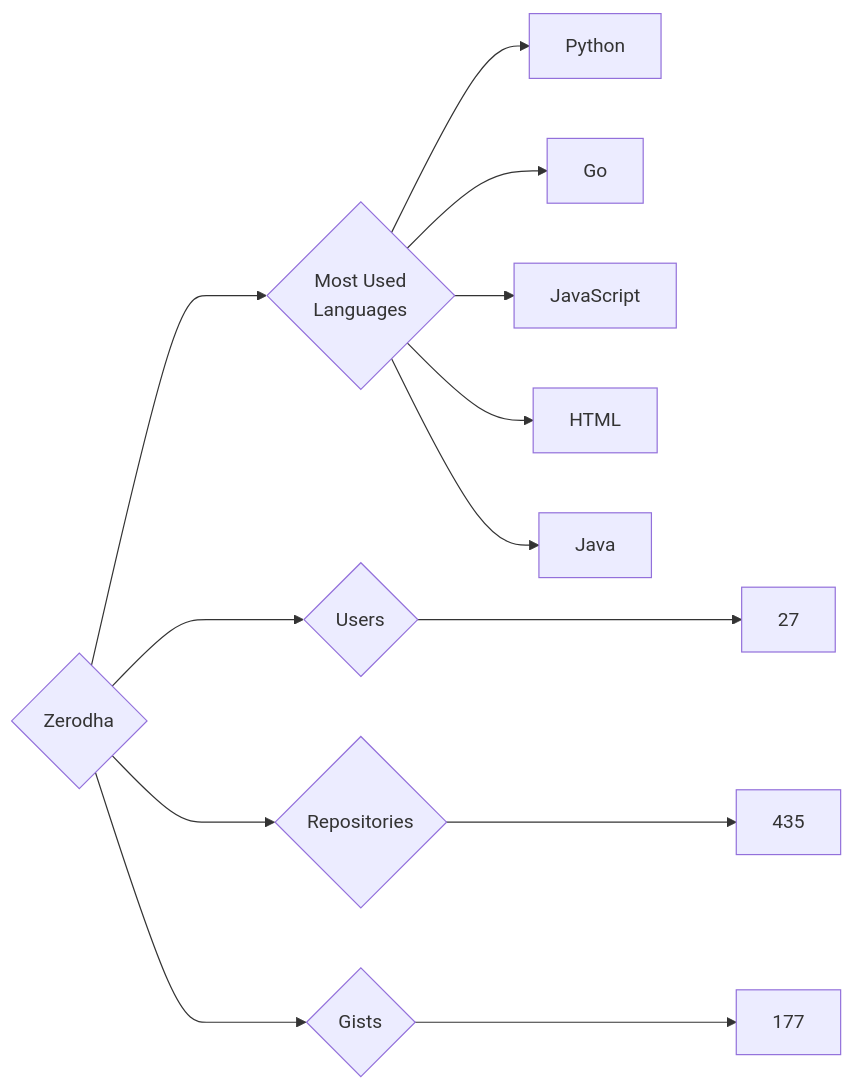
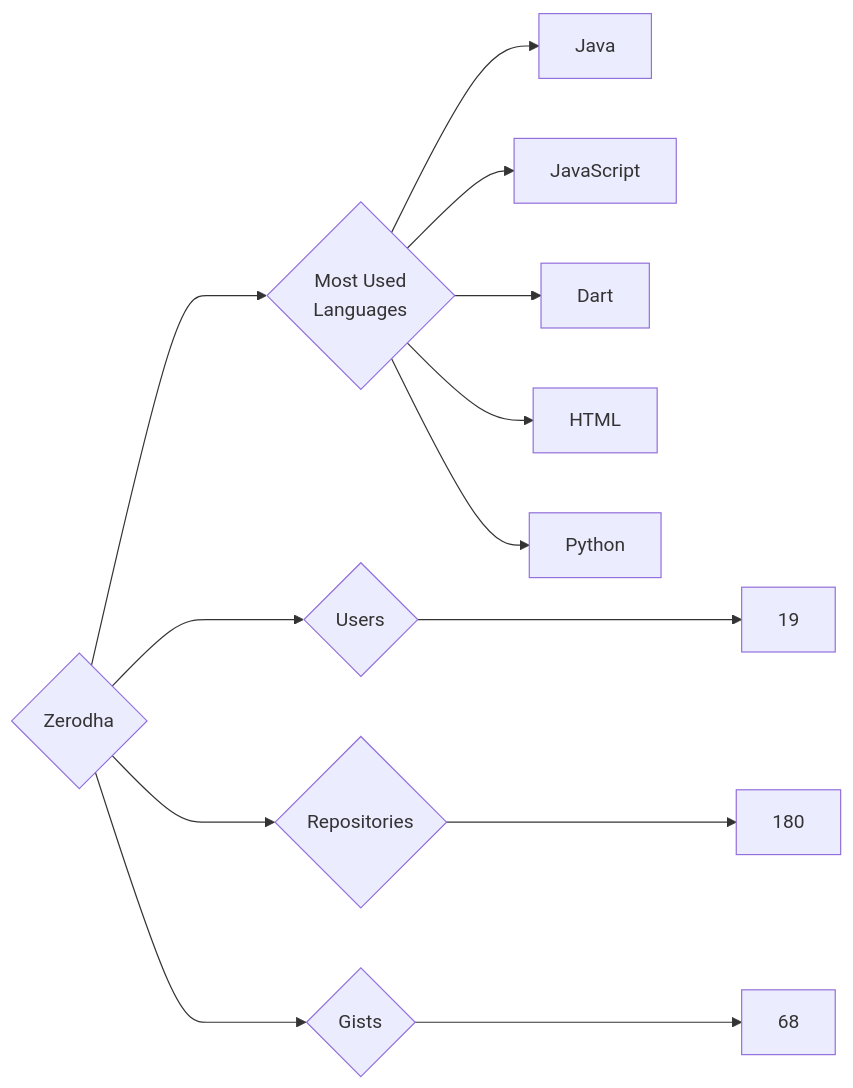
One commit to trickest/insiders changed the diagram in targets/Zerodha/README.md. Above: the diagram before and after it, drawn with Mermaid. The commit also changed 1496 other files, not shown here.

````diff
--- a/targets/Zerodha/README.md
+++ b/targets/Zerodha/README.md
@@ -3,13 +3,13 @@
 ```mermaid
 graph LR
 COMPANY_NAME{Zerodha}
-COMPANY_NAME ---> U{Users} ---> UN[27]
-COMPANY_NAME ---> R{Repositories} ---> RN[435]
-COMPANY_NAME ---> G{Gists} ---> GN[177]
+COMPANY_NAME ---> U{Users} ---> UN[19]
+COMPANY_NAME ---> R{Repositories} ---> RN[180]
+COMPANY_NAME ---> G{Gists} ---> GN[68]
 COMPANY_NAME ---> ML{Most Used<br>Languages}
+ML --> Java[Java]
+ML --> JavaScript[JavaScript]
+ML --> Dart[Dart]
+ML --> HTML[HTML]
 ML --> Python[Python]
-ML --> Go[Go]
-ML --> JavaScript[JavaScript]
-ML --> HTML[HTML]
-ML --> Java[Java]
 ```
````
